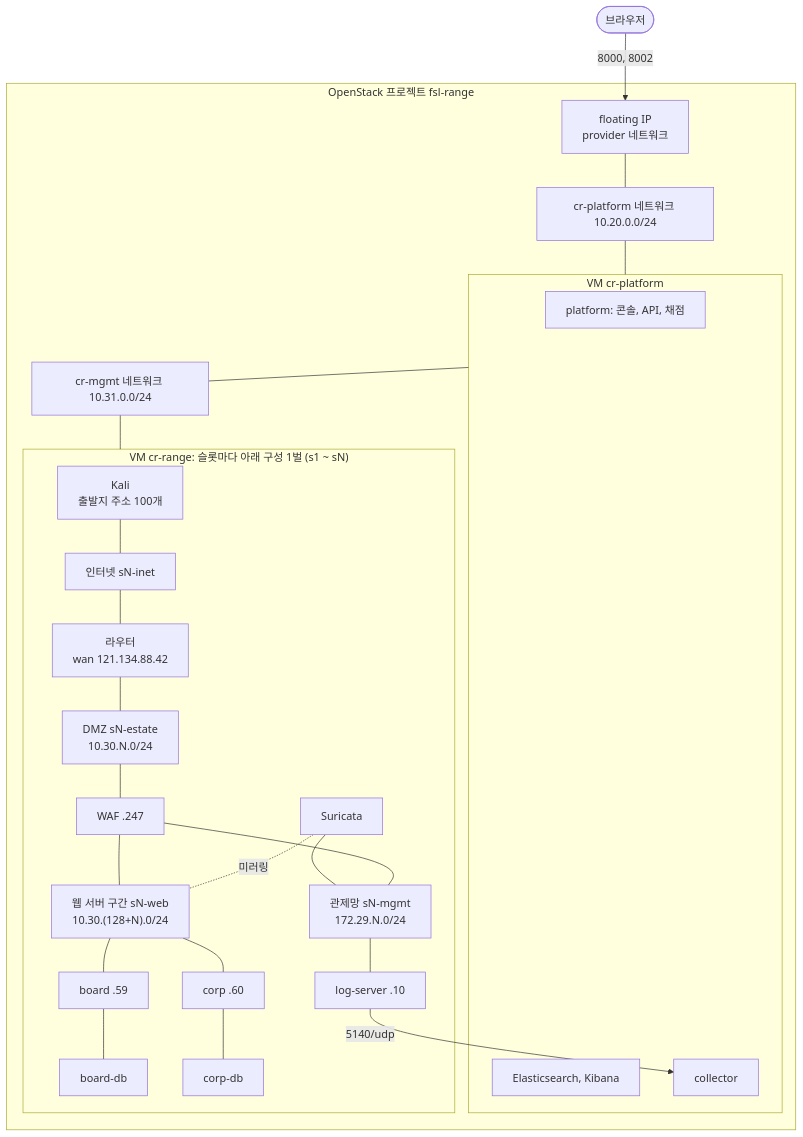
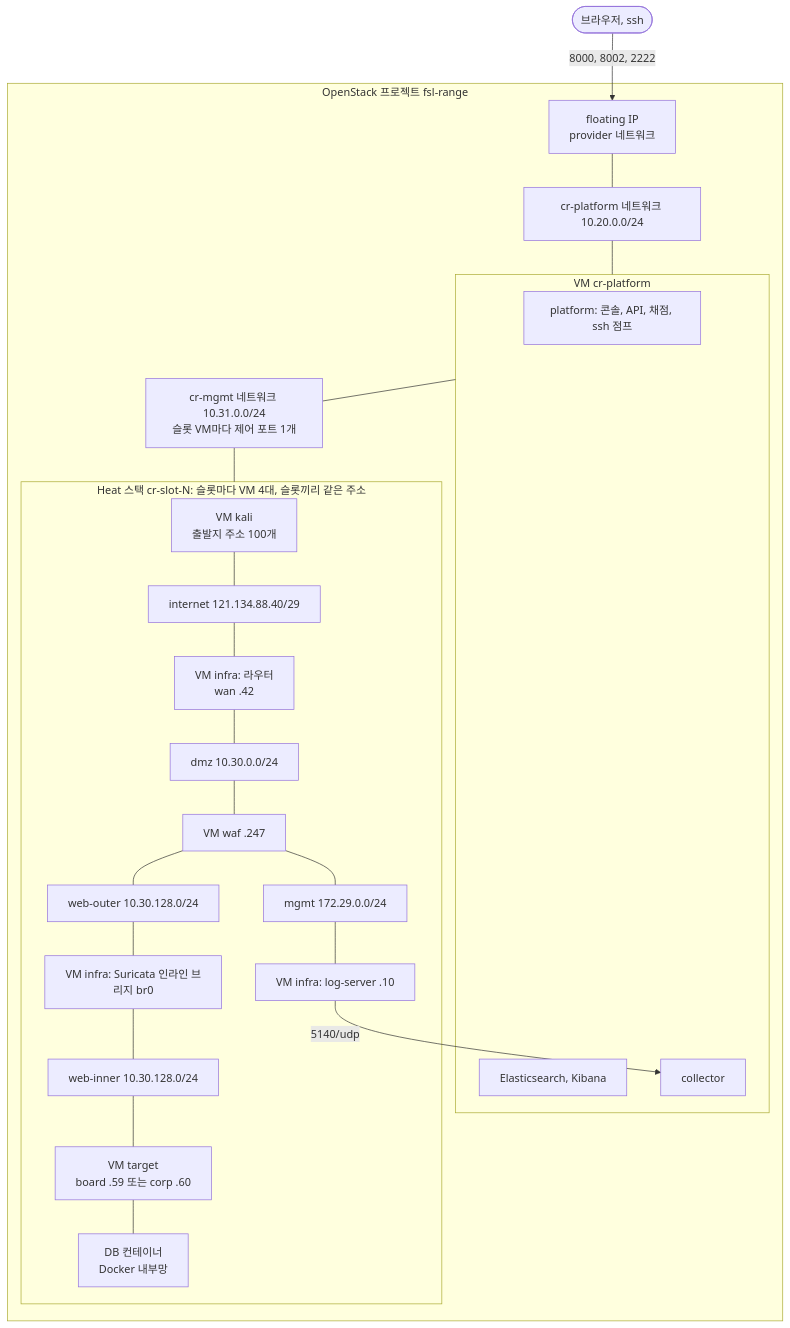
Before and after one commit to Nekonic/fsl-project-mvp: the diagram in README.md, drawn with Mermaid. The commit also changed other lines of this file and 7 other files, not shown here.

First line of the commit message:
Docs: the range as one Heat stack per slot (P7)

````diff
--- a/README.md
+++ b/README.md
@@ -32,31 +32,29 @@
 ```mermaid
 flowchart TB
-  user(["브라우저"]) -->|"8000, 8002"| fip["floating IP<br/>provider 네트워크"]
+  user(["브라우저, ssh"]) -->|"8000, 8002, 2222"| fip["floating IP<br/>provider 네트워크"]
   subgraph os["OpenStack 프로젝트 fsl-range"]
     fip --- pnet["cr-platform 네트워크 10.20.0.0/24"]
     pnet --- pvm
     subgraph pvm["VM cr-platform"]
-      platform["platform: 콘솔, API, 채점"]
+      platform["platform: 콘솔, API, 채점, ssh 점프"]
       elk["Elasticsearch, Kibana"]
       collector["collector"]
     end
-    pvm --- mgmt["cr-mgmt 네트워크 10.31.0.0/24"]
-    mgmt --- rvm
-    subgraph rvm["VM cr-range: 슬롯마다 아래 구성 1벌 (s1 ~ sN)"]
-      kali["Kali<br/>출발지 주소 100개"] --- inet["인터넷 sN-inet"]
-      inet --- edge["라우터<br/>wan 121.134.88.42"]
-      edge --- estate["DMZ sN-estate<br/>10.30.N.0/24"]
-      estate --- waf["WAF .247"]
-      waf --- web["웹 서버 구간 sN-web<br/>10.30.(128+N).0/24"]
-      web --- board["board .59"]
-      web --- corp["corp .60"]
-      board --- boarddb["board-db"]
-      corp --- corpdb["corp-db"]
-      ids["Suricata"] -. 미러링 .- web
-      ids --- mgmtbr["관제망 sN-mgmt<br/>172.29.N.0/24"]
-      waf --- mgmtbr
-      mgmtbr --- logsrv["log-server .10"]
+    pvm --- mgmt["cr-mgmt 네트워크 10.31.0.0/24<br/>슬롯 VM마다 제어 포트 1개"]
+    mgmt --- stack
+    subgraph stack["Heat 스택 cr-slot-N: 슬롯마다 VM 4대, 슬롯끼리 같은 주소"]
+      kali["VM kali<br/>출발지 주소 100개"] --- inet["internet 121.134.88.40/29"]
+      inet --- edge["VM infra: 라우터<br/>wan .42"]
+      edge --- dmz["dmz 10.30.0.0/24"]
+      dmz --- waf["VM waf .247"]
+      waf --- outer["web-outer 10.30.128.0/24"]
+      outer --- ids["VM infra: Suricata 인라인 브리지 br0"]
+      ids --- inner["web-inner 10.30.128.0/24"]
+      inner --- target["VM target<br/>board .59 또는 corp .60"]
+      target --- db["DB 컨테이너<br/>Docker 내부망"]
+      waf --- smgmt["mgmt 172.29.0.0/24"]
+      smgmt --- logsrv["VM infra: log-server .10"]
     end
     logsrv -->|"5140/udp"| collector
   end
 ```
````
